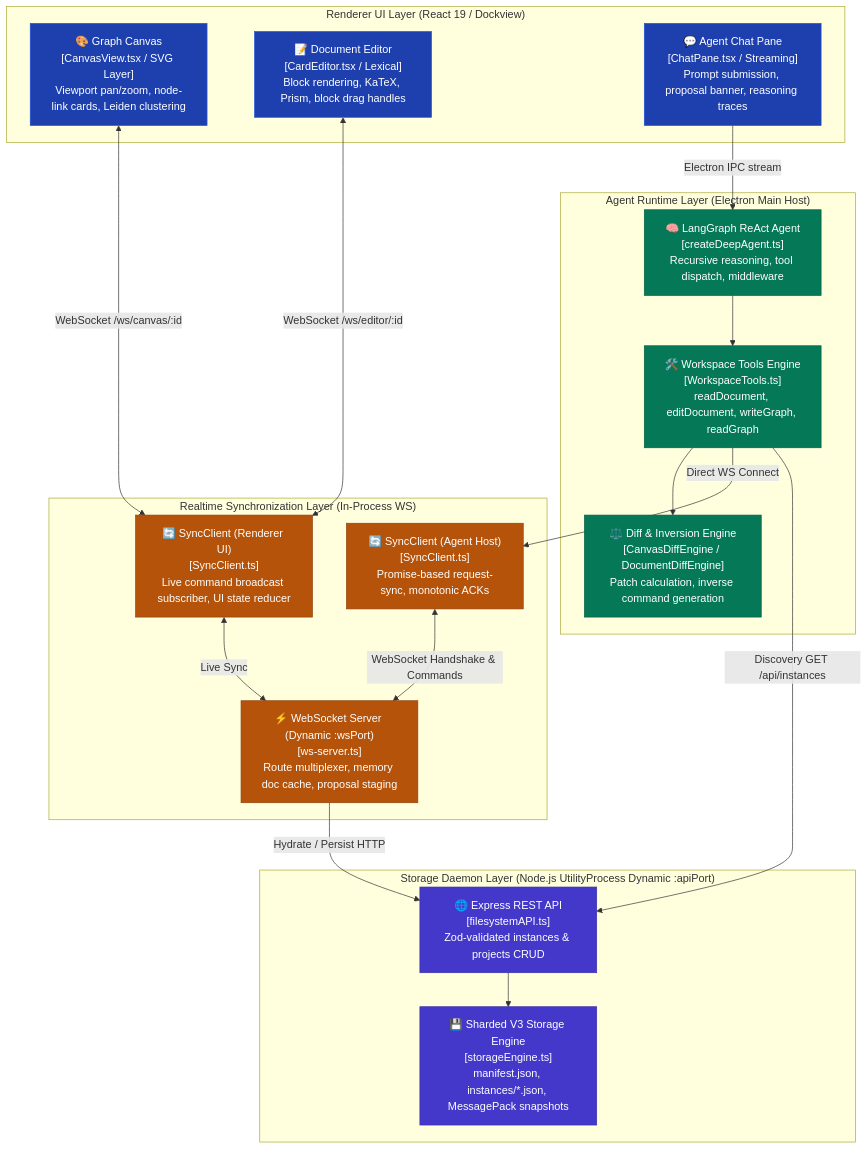
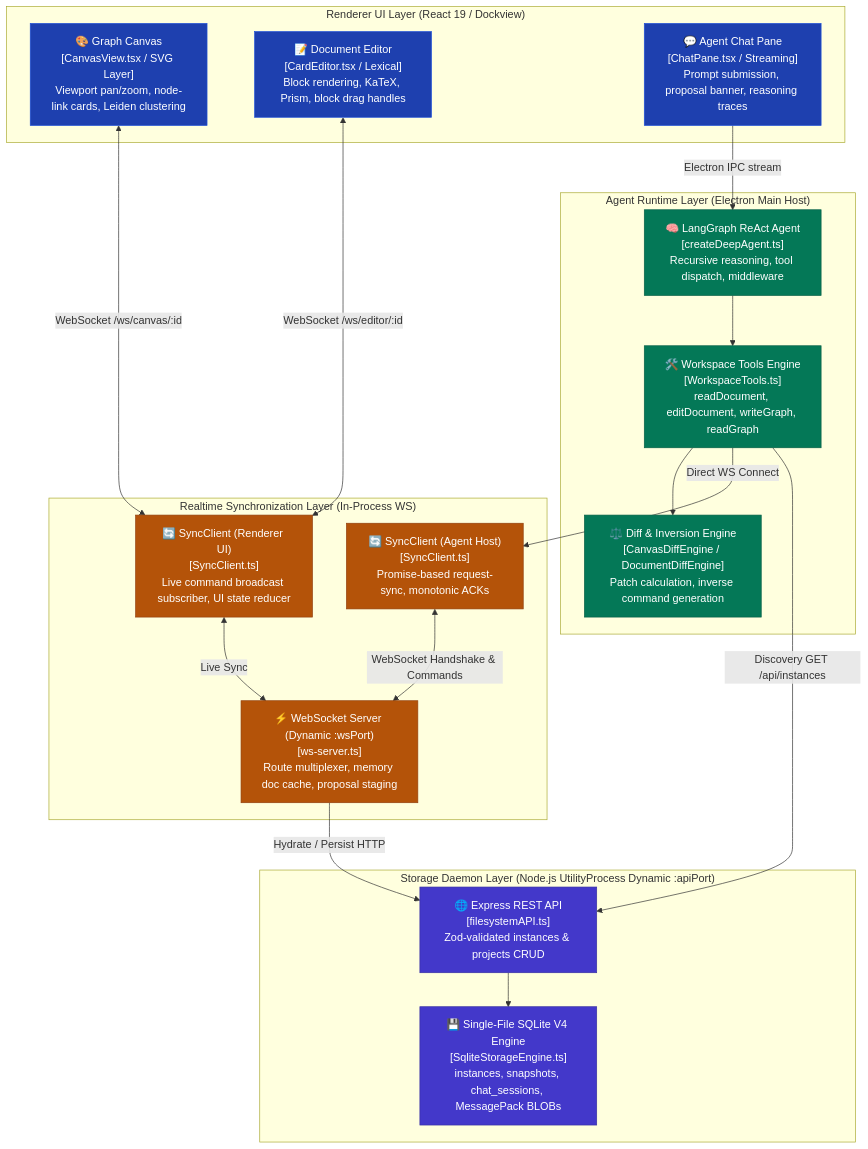
Before and after one commit to Goldwaterfung/Collaragent: the first of 4 diagrams in docs/design-catalog/core-engine-wiring.md, drawn with Mermaid. The commit also changed other lines of this file and 90 other files, not shown here.

````diff
--- a/docs/design-catalog/core-engine-wiring.md
+++ b/docs/design-catalog/core-engine-wiring.md
@@ -11,47 +11,47 @@
 ```mermaid
 flowchart TB
     %% Architecture Topology Styling
     classDef ui fill:#1e40af,stroke:#1d4ed8,color:#fff;
     classDef agent fill:#047857,stroke:#065f46,color:#fff;
     classDef sync fill:#b45309,stroke:#92400e,color:#fff;
     classDef storage fill:#4338ca,stroke:#3730a3,color:#fff;
     classDef boundary fill:none,stroke:#64748b,stroke-width:2px,stroke-dasharray: 4 4;
 
     subgraph RendererLayer ["Renderer UI Layer (React 19 / Dockview)"]
         CanvasView["🎨 Graph Canvas<br/>[CanvasView.tsx / SVG Layer]<br/>Viewport pan/zoom, node-link cards, Leiden clustering"]:::ui
         EditorView["📝 Document Editor<br/>[CardEditor.tsx / Lexical]<br/>Block rendering, KaTeX, Prism, block drag handles"]:::ui
         ChatView["💬 Agent Chat Pane<br/>[ChatPane.tsx / Streaming]<br/>Prompt submission, proposal banner, reasoning traces"]:::ui
     end
 
     subgraph AgentLayer ["Agent Runtime Layer (Electron Main Host)"]
         AgentEngine["🧠 LangGraph ReAct Agent<br/>[createDeepAgent.ts]<br/>Recursive reasoning, tool dispatch, middleware"]:::agent
         WorkspaceTools["🛠️ Workspace Tools Engine<br/>[WorkspaceTools.ts]<br/>readDocument, editDocument, writeGraph, readGraph"]:::agent
         DiffEngine["⚖️ Diff & Inversion Engine<br/>[CanvasDiffEngine / DocumentDiffEngine]<br/>Patch calculation, inverse command generation"]:::agent
     end
 
     subgraph SyncLayer ["Realtime Synchronization Layer (In-Process WS)"]
         WSServer["⚡ WebSocket Server (Dynamic :wsPort)<br/>[ws-server.ts]<br/>Route multiplexer, memory doc cache, proposal staging"]:::sync
         SyncClientAgent["🔄 SyncClient (Agent Host)<br/>[SyncClient.ts]<br/>Promise-based request-sync, monotonic ACKs"]:::sync
         SyncClientUI["🔄 SyncClient (Renderer UI)<br/>[SyncClient.ts]<br/>Live command broadcast subscriber, UI state reducer"]:::sync
     end
 
     subgraph StorageLayer ["Storage Daemon Layer (Node.js UtilityProcess Dynamic :apiPort)"]
         RESTServer["🌐 Express REST API<br/>[filesystemAPI.ts]<br/>Zod-validated instances & projects CRUD"]:::storage
-        CagentStorage["💾 Sharded V3 Storage Engine<br/>[storageEngine.ts]<br/>manifest.json, instances/*.json, MessagePack snapshots"]:::storage
+        SqliteEngine["💾 Single-File SQLite V4 Engine<br/>[SqliteStorageEngine.ts]<br/>instances, snapshots, chat_sessions, MessagePack BLOBs"]:::storage
     end
 
     %% Wiring Connections
     ChatView -->|"Electron IPC stream"| AgentEngine
     AgentEngine --> WorkspaceTools
     WorkspaceTools --> DiffEngine
     WorkspaceTools -->|"Direct WS Connect"| SyncClientAgent
     SyncClientAgent <-->|"WebSocket Handshake & Commands"| WSServer
-    
+
     CanvasView <-->|"WebSocket /ws/canvas/:id"| SyncClientUI
     EditorView <-->|"WebSocket /ws/editor/:id"| SyncClientUI
     SyncClientUI <-->|"Live Sync"| WSServer
 
     WSServer -->|"Hydrate / Persist HTTP"| RESTServer
     WorkspaceTools -->|"Discovery GET /api/instances"| RESTServer
-    RESTServer --> CagentStorage
+    RESTServer --> SqliteEngine
 ```
````
